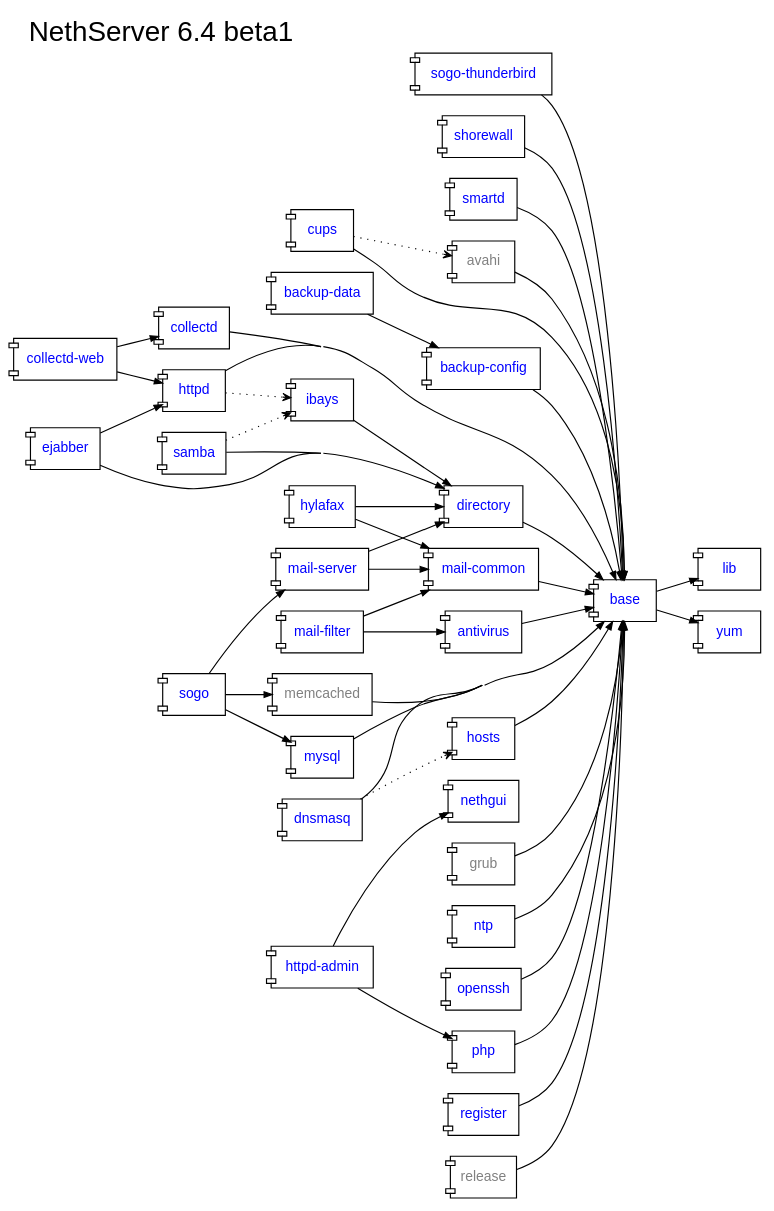
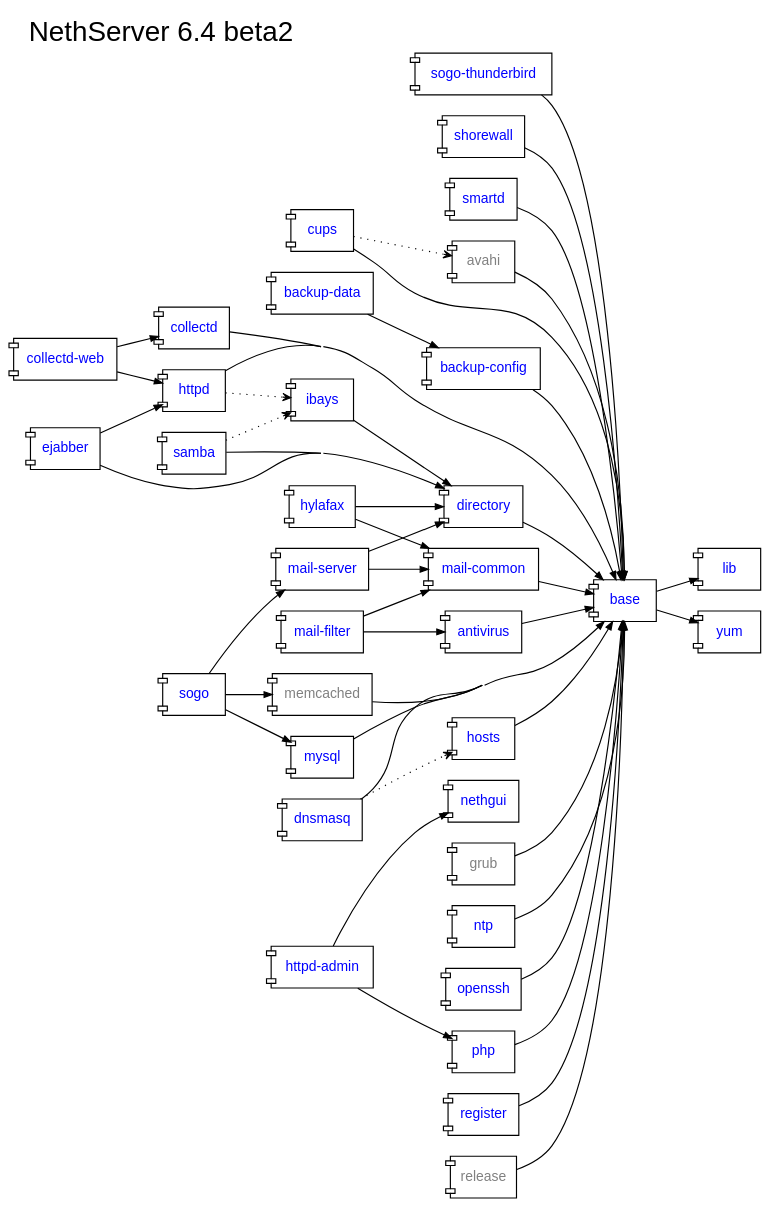
One commit to nethesis/dev-nethesis-it changed the diagram in nethserver/package-dependencies.dot. Above: the diagram before and after it, drawn with Graphviz.

Commit message:
Started beta2

```diff
--- a/nethserver/package-dependencies.dot
+++ b/nethserver/package-dependencies.dot
@@ -1,97 +1,97 @@
-digraph "v6.4-beta1" {
+digraph "v6.4-beta2" {
 	rankdir = "LR";
 	compound = true;
 	concentrate = true;
-	label="NethServer 6.4 beta1";
+	label="NethServer 6.4 beta2";
 	fontsize = 24.0
 	labelloc = "t";
 	labeljust = "l";
 	fontname="sans-serif";
 	
 
     node [shape="component",fontname="sans-serif",fontcolor=blue,fontsize=12.0];
     edge [arrowsize=0.7];
 
     antivirus [URL="http://dev.nethesis.it/projects/nethserver/wiki/nethserver-antivirus"];
     avahi [fontcolor=gray];
     backup_config [label="backup-config",URL="http://dev.nethesis.it/projects/nethserver/wiki/nethserver-backup"];
     backup_data [label="backup-data",URL="http://dev.nethesis.it/projects/nethserver/wiki/nethserver-backup"];   
     base [URL="http://dev.nethesis.it/projects/nethserver/wiki/nethserver-base"];
     collectd [URL="http://dev.nethesis.it/projects/nethserver/wiki/nethserver-collectd"];
     collectd_web [label="collectd-web",URL="http://dev.nethesis.it/projects/nethserver/wiki/nethserver-collectd-web"];
     cups [URL="http://dev.nethesis.it/projects/nethserver-cups/wiki/nethserver-cups"];
     directory [URL="http://dev.nethesis.it/projects/nethserver/wiki/nethserver-directory"];
     dnsmasq [URL="http://dev.nethesis.it/projects/nethserver/wiki/nethserver-dnsmasq"];
     ejabber [URL="http://dev.nethesis.it/projects/nethserver-ejabberd/wiki/nethserver-ejabberd"];
     grub [fontcolor=gray];
     hosts [URL="http://dev.nethesis.it/projects/nethserver/wiki/nethserver-hosts"];
     httpd_admin [label="httpd-admin",URL="http://dev.nethesis.it/projects/nethserver/wiki/nethserver-httpd-admin"];
     httpd [URL="http://dev.nethesis.it/projects/nethserver/wiki/nethserver-httpd"];
     hylafax [URL="http://dev.nethesis.it/projects/nethserver-hylafax/wiki/nethserver-hylafax"];
     ibays [URL="http://dev.nethesis.it/projects/nethserver/wiki/nethserver-ibays"];
     lib [URL="http://dev.nethesis.it/projects/nethserver/wiki/nethserver-lib"];
     mail_common [label="mail-common",URL="http://dev.nethesis.it/projects/nethserver/wiki/nethserver-mail-common"];
     mail_filter [label="mail-filter",URL="http://dev.nethesis.it/projects/nethserver/wiki/nethserver-mail-filter"];
     mail_server [label="mail-server",URL="http://dev.nethesis.it/projects/nethserver/wiki/nethserver-mail-server"];
     memcached [fontcolor=gray];
     mysql [URL="http://dev.nethesis.it/projects/nethserver/wiki/nethserver-mysql"];
     nethgui [URL="http://dev.nethesis.it/projects/nethgui"];
     ntp [URL="http://dev.nethesis.it/projects/nethserver/wiki/nethserver-ntp"];
     openssh [URL="http://dev.nethesis.it/projects/nethserver/wiki/nethserver-openssh"];
     php [URL="http://dev.nethesis.it/projects/nethserver/wiki/nethserver-php"];
     register [URL="http://dev.nethesis.it/projects/nethserver/wiki/nethserver-register"];
     release [fontcolor=gray];
     samba [URL="http://dev.nethesis.it/projects/nethserver/wiki/nethserver-samba"];
     sogo [URL="https://dev.nethesis.it/projects/nethserver/wiki/nethserver-sogo"];
     sogo_thunderbird [label="sogo-thunderbird",URL="https://dev.nethesis.it/projects/nethserver/wiki/nethserver-sogo-thunderbird"];
     shorewall [URL="https://dev.nethesis.it/projects/nethserver/wiki/nethserver-shorewall"];        
     smartd [URL="https://dev.nethesis.it/projects/nethserver/wiki/nethserver-smartd"];    
     yum [URL="http://dev.nethesis.it/projects/nethserver/wiki/nethserver-yum"];
 		       
     base -> lib
     openssh -> base
     directory -> base
     samba -> directory
     ibays -> directory
     httpd -> base
     httpd -> ibays [style=dotted,arrowhead=vee];
     dnsmasq -> hosts [style=dotted,arrowhead=vee];
     dnsmasq -> base
     hosts -> base
     httpd_admin -> php
     httpd_admin -> nethgui
     samba -> ibays [style=dotted,arrowhead=vee];
     base -> yum
     ntp -> base
     php -> base
     mail_server -> directory
     mail_server -> mail_common
     mail_filter -> mail_common
     mail_filter -> antivirus
     mail_common -> base
     antivirus -> base
     release -> base
     grub -> base
     cups -> base
     avahi -> base
     cups -> avahi [style=dotted,arrowhead=vee];
     ejabber -> directory
     ejabber -> httpd
     mysql -> base
     hylafax -> directory
     hylafax -> mail_common
     sogo -> memcached
     sogo -> mail_server
     sogo -> mysql
     sogo_thunderbird -> base
     memcached -> base
     collectd -> base
     collectd_web -> collectd
     collectd_web -> httpd
     backup_config -> base
     backup_data -> backup_config
     register -> base
     smartd -> base
     shorewall -> base
 
 }
```
